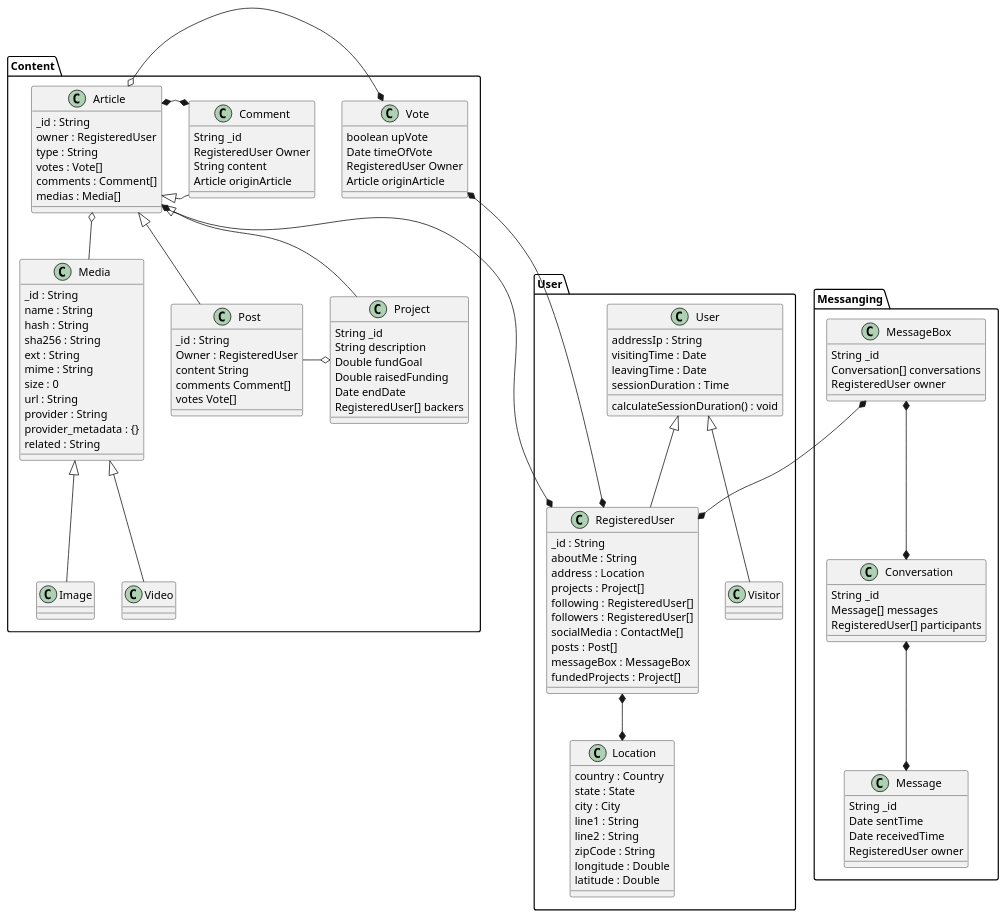
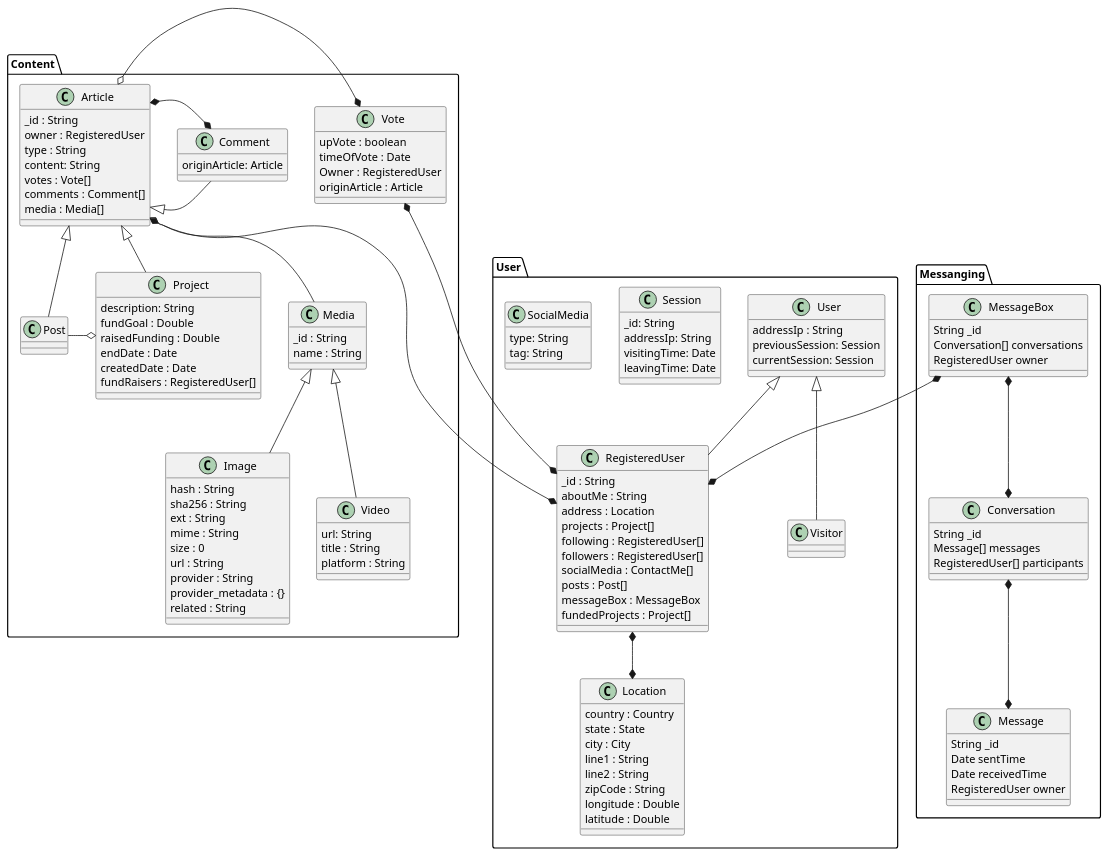
Before and after one commit to mlnomadpy/Sahem: the diagram in Conception/Diagrams/plantUml/Class Diagrams/User.puml, drawn with PlantUML. The commit also changed 79 other files, not shown here.

```diff
--- a/Conception/Diagrams/plantUml/Class Diagrams/User.puml
+++ b/Conception/Diagrams/plantUml/Class Diagrams/User.puml
@@ -1,142 +1,144 @@
 @startuml User
 
 
 package Content{
     class Post extends Article{
-        _id : String
-        Owner : RegisteredUser
-        content String
-        comments Comment[]
-        votes Vote[]
     }
     class Vote{
-        boolean upVote
-        Date timeOfVote
-        RegisteredUser Owner
-        Article originArticle
+        upVote : boolean
+        timeOfVote : Date 
+        Owner : RegisteredUser
+        originArticle : Article
     }
     class Project extends Article{
-        String _id
-        String description
-        Double fundGoal
-        Double raisedFunding
-        Date endDate
-        RegisteredUser[] backers
+        description: String
+        fundGoal : Double
+        raisedFunding : Double
+        endDate : Date
+        createdDate : Date
+        fundRaisers : RegisteredUser[]
     }
 
     class Comment extends Article{
-        String _id
-        RegisteredUser Owner
-        String content
-        Article originArticle
+        originArticle: Article
     }
     class Article{
         _id : String
         owner : RegisteredUser
         type : String
+        content: String
         votes : Vote[]
         comments : Comment[]
-        medias : Media[]
+        media : Media[]
     }
     class Media{
         _id : String
         name : String
+
+
+    }
+    class Image extends Media{
         hash : String
         sha256 : String
         ext : String
         mime : String
         size : 0
         url : String
         provider : String
         provider_metadata : {}
         related : String
 
-
-    }
-    class Image extends Media{
-
     }
     class Video extends Media{
-
+        url: String
+        title : String
+        platform : String
     }
     Article o-* Vote
     Article *-right-* Comment
     Project o-left- Post
     Article o-- Media
 
 }
 package Messanging {
 
     class MessageBox{
         String _id
         Conversation[] conversations
         RegisteredUser owner
     }
     class Conversation{
         String _id
         Message[] messages
         RegisteredUser[] participants
     }
     class Message{
         String _id
         Date sentTime
         Date receivedTime
         RegisteredUser owner
     }
 
 
 }
 
 package User{
 
     class User {
         addressIp : String
-        visitingTime : Date
-        leavingTime : Date
-        sessionDuration : Time
-
-        calculateSessionDuration() : void
+        previousSession: Session
+        currentSession: Session
     }
 
+    class Session{
+        _id: String
+        addressIp: String
+        visitingTime: Date
+        leavingTime: Date
+    }
 
     class RegisteredUser extends User{
         _id : String
         aboutMe : String
         address : Location
         projects : Project[]
         following : RegisteredUser[]
         followers : RegisteredUser[]
         socialMedia : ContactMe[]
         posts : Post[]
         messageBox : MessageBox
         fundedProjects : Project[]
 
     }
     class Visitor extends User{
     }
     class Location{
         country : Country
         state : State
         city : City
         line1 : String
         line2 : String
         zipCode : String
         longitude : Double
         latitude : Double
     }
+    class SocialMedia{
+        type: String
+        tag: String
+    }
 }
 
 
 
 MessageBox  *--*  RegisteredUser
 
 Article  *--*  RegisteredUser
 
 RegisteredUser *--* Location
 Vote  *---*  RegisteredUser
 
 MessageBox  *-down-*  Conversation
 Message  *-up-*  Conversation
 
 
 @enduml
```
